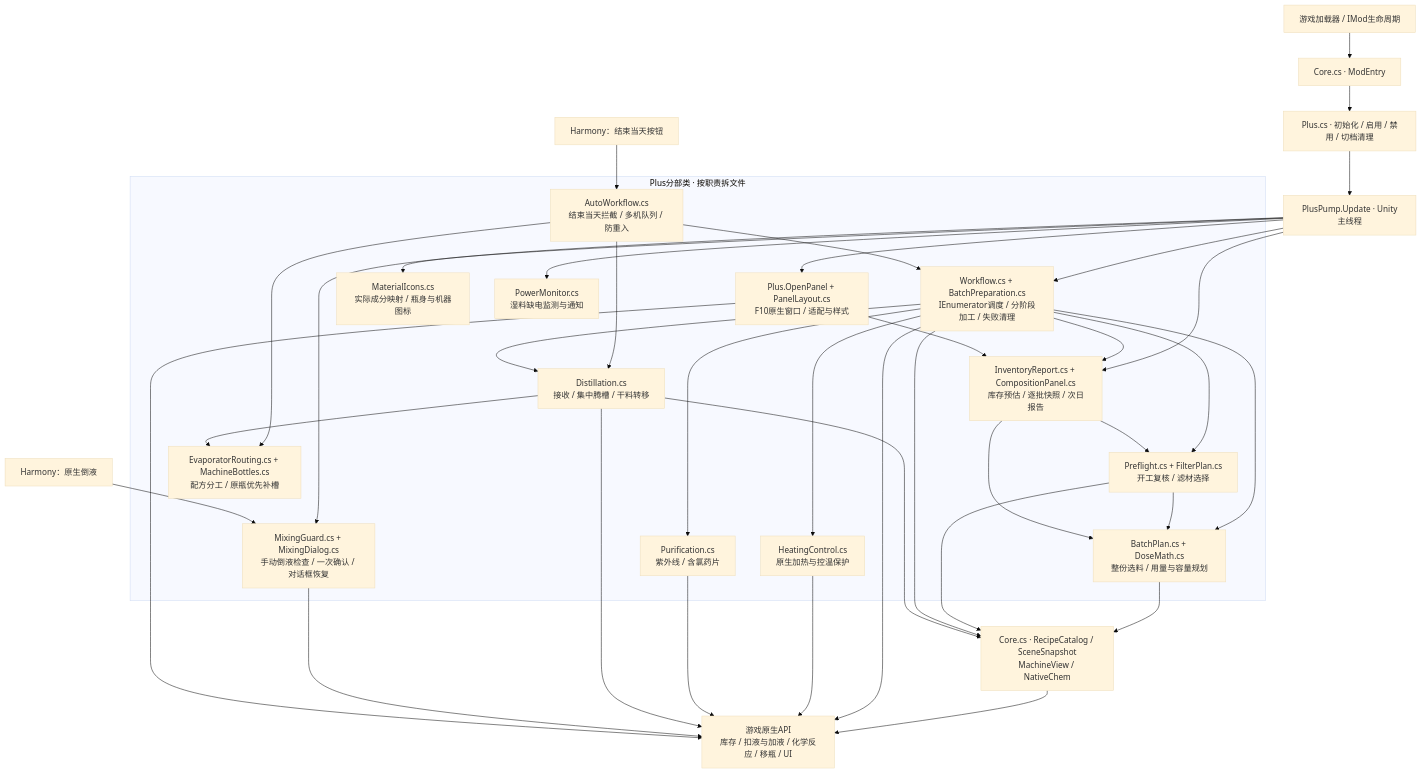
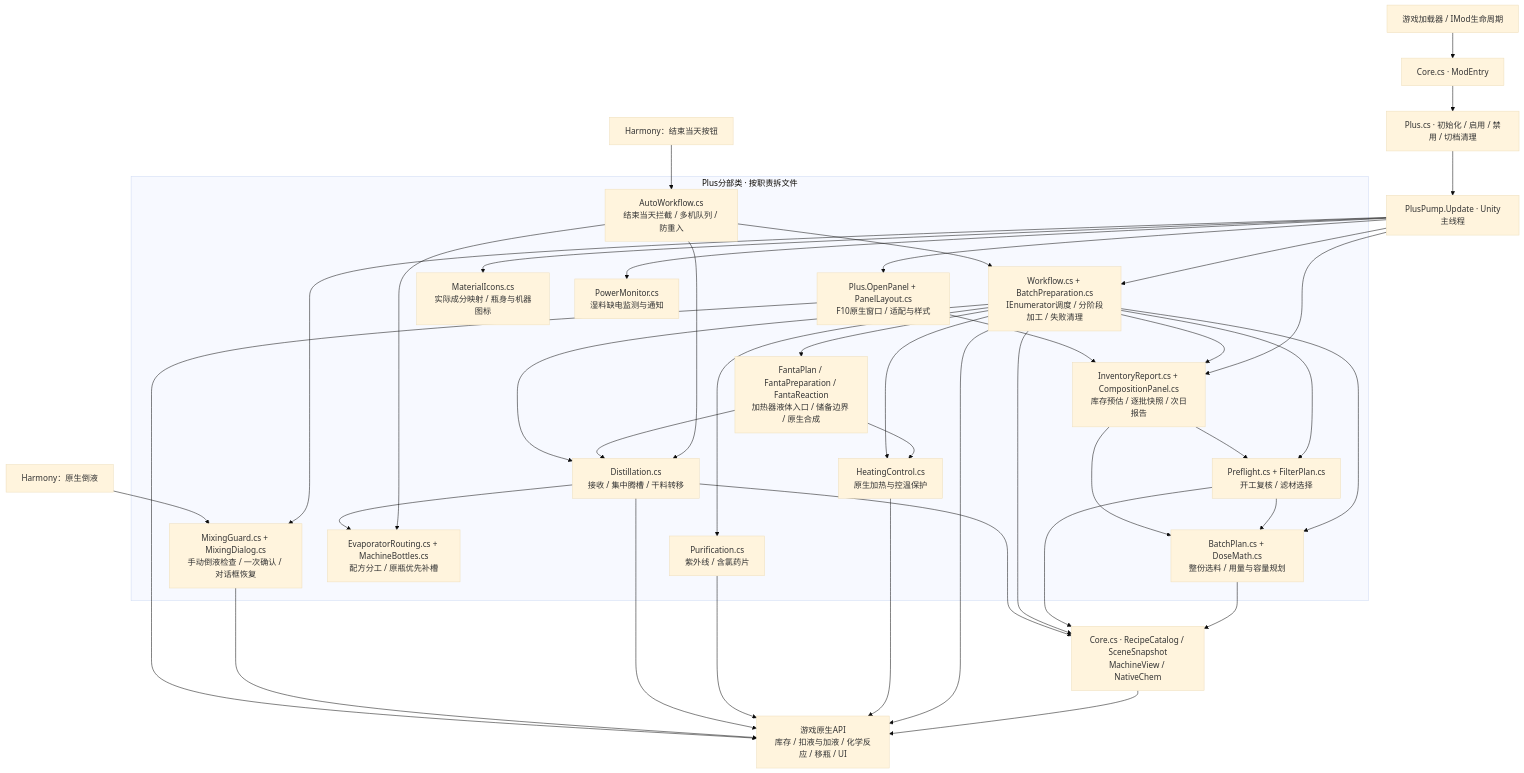
The first of 2 diagrams in docs/ARCHITECTURE.md (KarlWang86/Probably-Stolen-ChemAssistPlus), drawn with Mermaid (base theme) before and after one commit. The commit also changed other lines of this file and 26 other files, not shown here.

````diff
--- a/docs/ARCHITECTURE.md
+++ b/docs/ARCHITECTURE.md
@@ -9,59 +9,63 @@
 ```mermaid
 flowchart TB
     Game["游戏加载器 / IMod生命周期"] --> Entry["Core.cs · ModEntry"]
     Entry --> Plus["Plus.cs · 初始化 / 启用 / 禁用 / 切档清理"]
     Plus --> Pump["PlusPump.Update · Unity主线程"]
 
     subgraph Business["Plus分部类 · 按职责拆文件"]
         Auto["AutoWorkflow.cs<br/>结束当天拦截 / 多机队列 / 防重入"]
         Plan["BatchPlan.cs + DoseMath.cs<br/>整份选料 / 用量与容量规划"]
         Check["Preflight.cs + FilterPlan.cs<br/>开工复核 / 滤材选择"]
         Work["Workflow.cs + BatchPreparation.cs<br/>IEnumerator调度 / 分阶段加工 / 失败清理"]
+        Fanta["FantaPlan / FantaPreparation / FantaReaction<br/>加热器液体入口 / 储备边界 / 原生合成"]
         Heat["HeatingControl.cs<br/>原生加热与控温保护"]
         Purify["Purification.cs<br/>紫外线 / 含氯药片"]
         Distill["Distillation.cs<br/>接收 / 集中腾槽 / 干料转移"]
         Route["EvaporatorRouting.cs + MachineBottles.cs<br/>配方分工 / 原瓶优先补槽"]
         Report["InventoryReport.cs + CompositionPanel.cs<br/>库存预估 / 逐批快照 / 次日报告"]
         UI["Plus.OpenPanel + PanelLayout.cs<br/>F10原生窗口 / 适配与样式"]
         Mix["MixingGuard.cs + MixingDialog.cs<br/>手动倒液检查 / 一次确认 / 对话框恢复"]
         Icons["MaterialIcons.cs<br/>实际成分映射 / 瓶身与机器图标"]
         Power["PowerMonitor.cs<br/>湿料缺电监测与通知"]
     end
 
     Pump --> Work
     Pump --> UI
     Pump --> Mix
     Pump --> Icons
     Pump --> Power
     Pump --> Report
     Hook["Harmony：结束当天按钮"] --> Auto
     Auto --> Work
     Auto --> Distill
     Auto --> Route
     Work --> Plan
+    Work --> Fanta
+    Fanta --> Distill
+    Fanta --> Heat
     Work --> Check
     Work --> Heat
     Work --> Purify
     Work --> Distill
     Check --> Plan
     Distill --> Route
     Work --> Report
     UI --> Report
     Report --> Plan
     Report --> Check
     TransferHook["Harmony：原生倒液"] --> Mix
 
     Core["Core.cs · RecipeCatalog / SceneSnapshot<br/>MachineView / NativeChem"]
     Plan --> Core
     Check --> Core
     Work --> Core
     Distill --> Core
     Native["游戏原生API<br/>库存 / 扣液与加液 / 化学反应 / 移瓶 / UI"]
     Core --> Native
     Work --> Native
     Heat --> Native
     Purify --> Native
     Distill --> Native
     Mix --> Native
     UI --> Native
 ```
````
